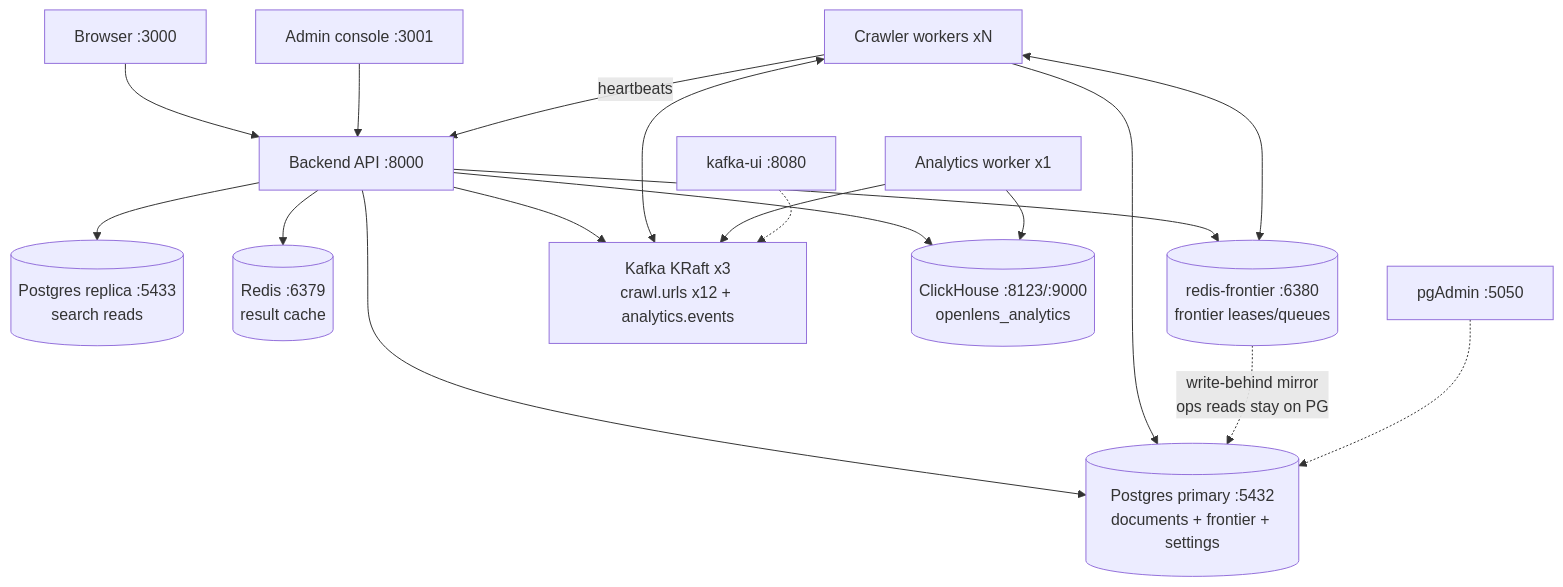
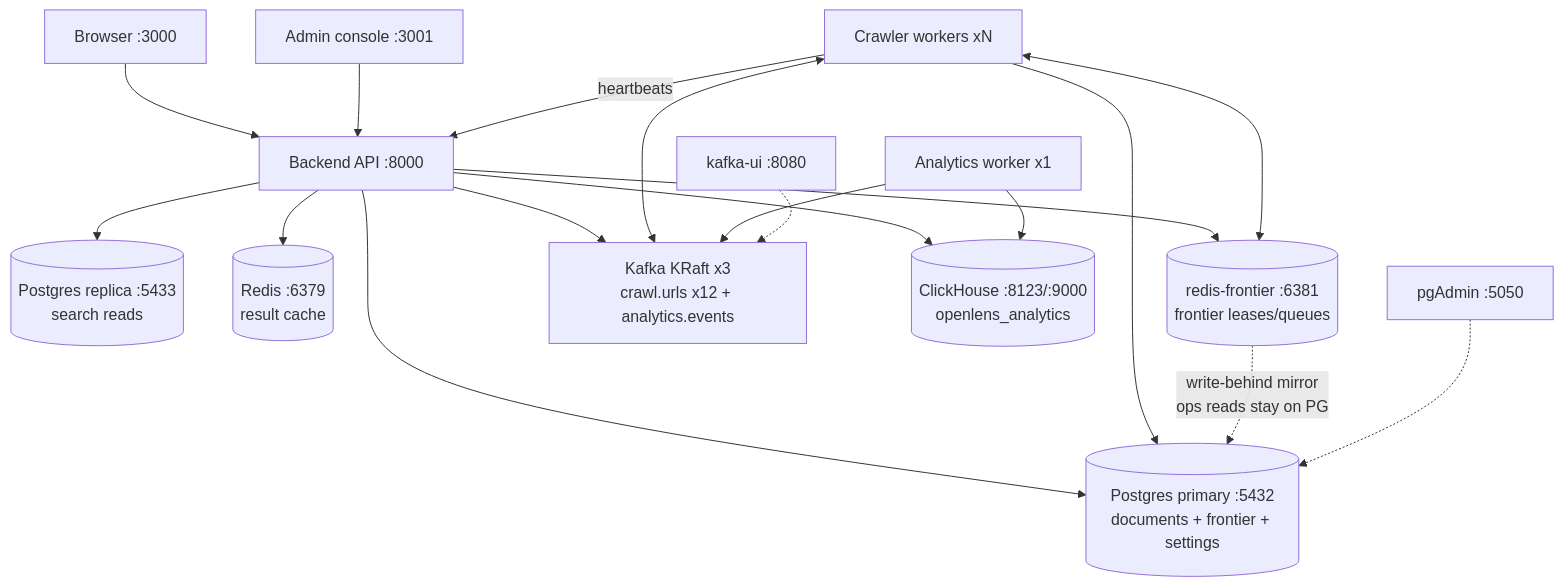
One commit to rajanbajaj/openlens changed the first of 4 diagrams in docs/wiki/Architecture.md. Above: the diagram before and after it, drawn with Mermaid. The commit also changed other lines of this file and 2 other files, not shown here.

Commit message:
Move redis-frontier host port off agetech redis :6380
Main full-stack deploy failed binding 127.0.0.1:6380 (already
allocated): the agetech stack's redis holds that host port on the
same release host. redis-frontier now publishes :6381 by default
(container port and service DNS unchanged, so no app config
changes); .env.example and the Architecture port table follow.

````diff
--- a/docs/wiki/Architecture.md
+++ b/docs/wiki/Architecture.md
@@ -12,20 +12,20 @@
 ```mermaid
 flowchart TB
     U[Browser :3000] --> B[Backend API :8000]
     A[Admin console :3001] --> B
     B --> PG[(Postgres primary :5432<br/>documents + frontier + settings)]
     B --> PGR[(Postgres replica :5433<br/>search reads)]
     B --> R[(Redis :6379<br/>result cache)]
-    B --> RF[(redis-frontier :6380<br/>frontier leases/queues)]
+    B --> RF[(redis-frontier :6381<br/>frontier leases/queues)]
     W <--> RF
     B --> K[Kafka KRaft x3<br/>crawl.urls x12 + analytics.events]
     B --> CH[(ClickHouse :8123/:9000<br/>openlens_analytics)]
     W[Crawler workers xN] <--> K
     W --> PG
     W -->|heartbeats| B
     RF -.->|write-behind mirror<br/>ops reads stay on PG| PG
     AW[Analytics worker x1] --> K
     AW --> CH
     P[pgAdmin :5050] -.-> PG
     KU[kafka-ui :8080] -.-> K
 ```
````
